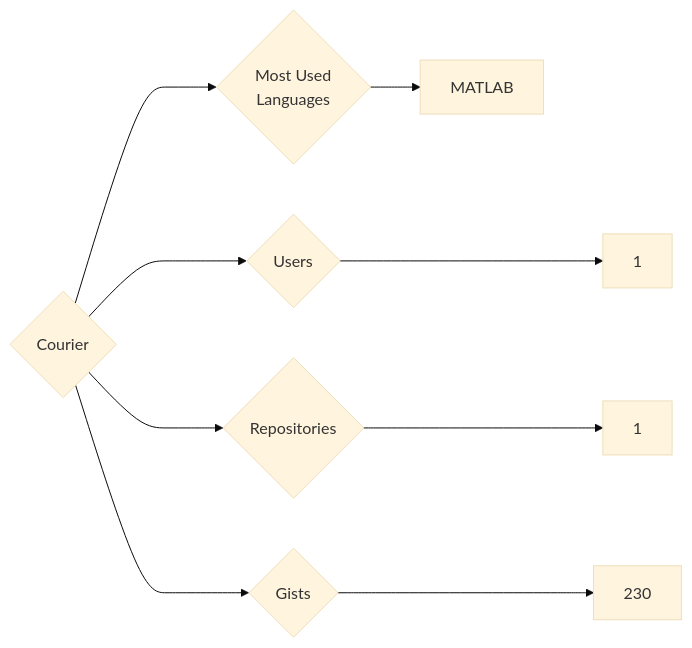
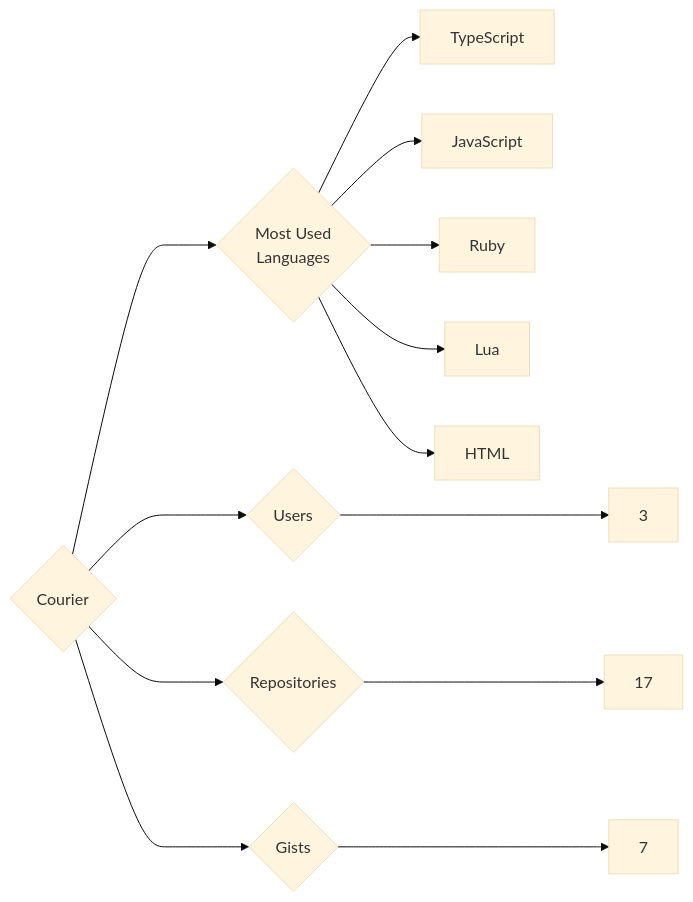
The diagram in targets/Courier/README.md (trickest/insiders), drawn with Mermaid (base theme) before and after one commit. The commit also changed 640 other files, not shown here.

````diff
--- a/targets/Courier/README.md
+++ b/targets/Courier/README.md
@@ -3,9 +3,13 @@
 ```mermaid
 graph LR
 COMPANY_NAME{Courier}
-COMPANY_NAME ---> U{Users} ---> UN[1]
-COMPANY_NAME ---> R{Repositories} ---> RN[1]
-COMPANY_NAME ---> G{Gists} ---> GN[230]
+COMPANY_NAME ---> U{Users} ---> UN[3]
+COMPANY_NAME ---> R{Repositories} ---> RN[17]
+COMPANY_NAME ---> G{Gists} ---> GN[7]
 COMPANY_NAME ---> ML{Most Used<br>Languages}
-ML --> MATLAB[MATLAB]
+ML --> TypeScript[TypeScript]
+ML --> JavaScript[JavaScript]
+ML --> Ruby[Ruby]
+ML --> Lua[Lua]
+ML --> HTML[HTML]
 ```
````
